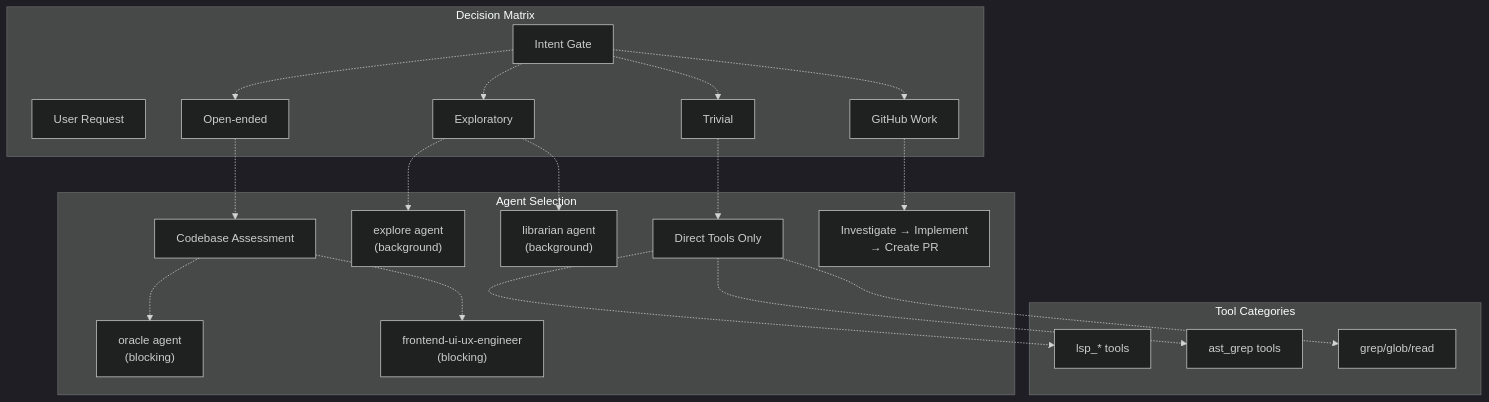
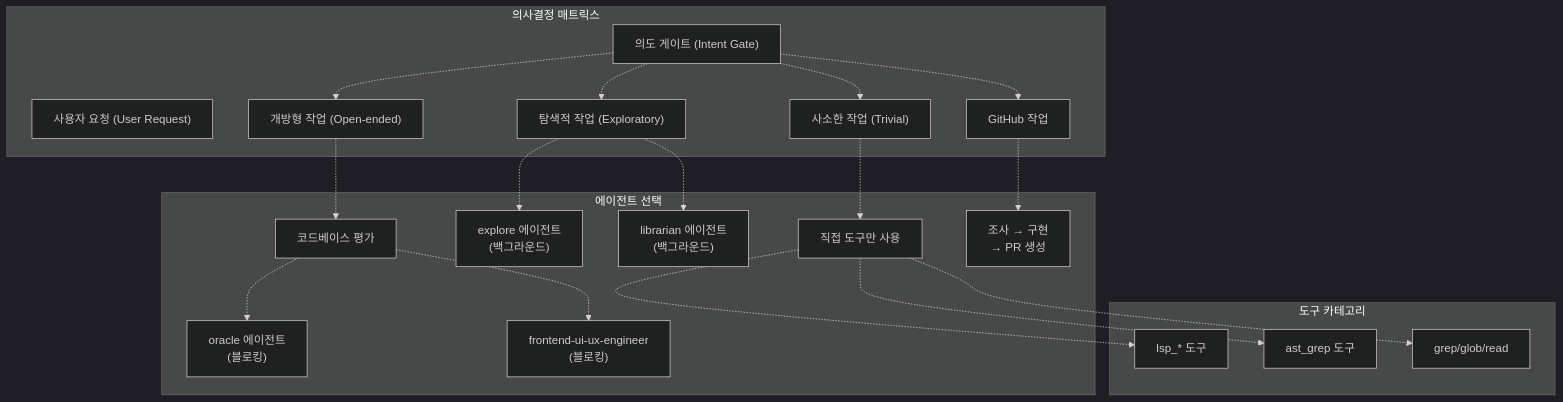
One commit to felipetruman/oh-my-opencode-docs changed the second of 4 diagrams in docs/agents/sisyphus-orchestrator.md. Above: the diagram before and after it, drawn with Mermaid (dark theme). The commit also changed other lines of this file and 76 other files, not shown here.

````diff
--- a/docs/agents/sisyphus-orchestrator.md
+++ b/docs/agents/sisyphus-orchestrator.md
@@ -126,60 +121,60 @@
 ```mermaid
 flowchart TD
 
-Request["User Request"]
-Gate["Intent Gate"]
-Trivial["Trivial"]
-Exploratory["Exploratory"]
-OpenEnded["Open-ended"]
-GitHub["GitHub Work"]
-DirectTools["Direct Tools Only"]
-Explore["explore agent<br>(background)"]
-Librarian["librarian agent<br>(background)"]
-Assessment["Codebase Assessment"]
-Oracle["oracle agent<br>(blocking)"]
-Frontend["frontend-ui-ux-engineer<br>(blocking)"]
-FullCycle["Investigate → Implement<br>→ Create PR"]
-LSP["lsp_* tools"]
-AST["ast_grep tools"]
+Request["사용자 요청 (User Request)"]
+Gate["의도 게이트 (Intent Gate)"]
+Trivial["사소한 작업 (Trivial)"]
+Exploratory["탐색적 작업 (Exploratory)"]
+OpenEnded["개방형 작업 (Open-ended)"]
+GitHub["GitHub 작업"]
+DirectTools["직접 도구만 사용"]
+Explore["explore 에이전트<br>(백그라운드)"]
+Librarian["librarian 에이전트<br>(백그라운드)"]
+Assessment["코드베이스 평가"]
+Oracle["oracle 에이전트<br>(블로킹)"]
+Frontend["frontend-ui-ux-engineer<br>(블로킹)"]
+FullCycle["조사 → 구현<br>→ PR 생성"]
+LSP["lsp_* 도구"]
+AST["ast_grep 도구"]
 Basic["grep/glob/read"]
 
 Trivial -.-> DirectTools
 Exploratory -.-> Explore
 Exploratory -.-> Librarian
 OpenEnded -.-> Assessment
 GitHub -.-> FullCycle
 DirectTools -.-> LSP
 DirectTools -.-> AST
 DirectTools -.-> Basic
 
-subgraph subGraph2 ["Tool Categories"]
+subgraph subGraph2 ["도구 카테고리"]
     LSP
     AST
     Basic
 end
 
-subgraph subGraph1 ["Agent Selection"]
+subgraph subGraph1 ["에이전트 선택"]
     DirectTools
     Explore
     Librarian
     Assessment
     Oracle
     Frontend
     FullCycle
     Assessment -.-> Oracle
     Assessment -.-> Frontend
 end
 
-subgraph subGraph0 ["Decision Matrix"]
+subgraph subGraph0 ["의사결정 매트릭스"]
     Request
     Gate
     Trivial
     Exploratory
     OpenEnded
     GitHub
     Gate -.-> Trivial
     Gate -.-> Exploratory
     Gate -.-> OpenEnded
     Gate -.-> GitHub
 end
 ```
````
